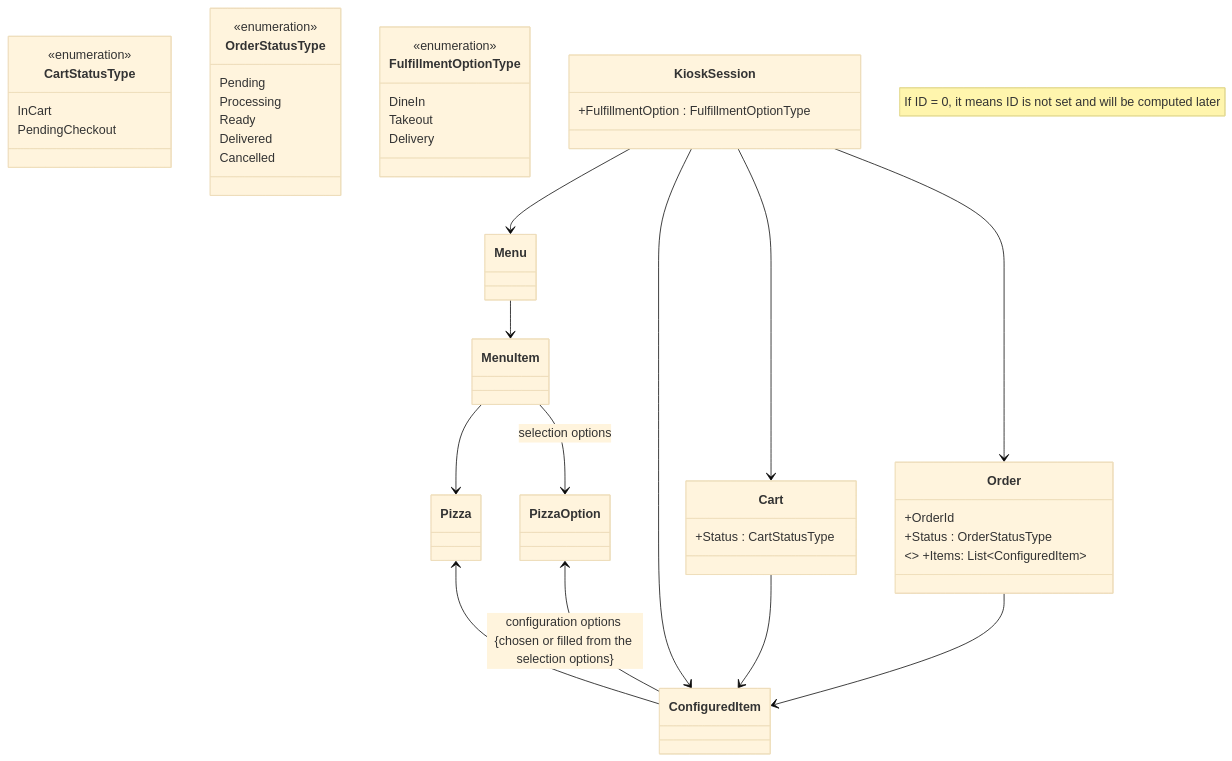
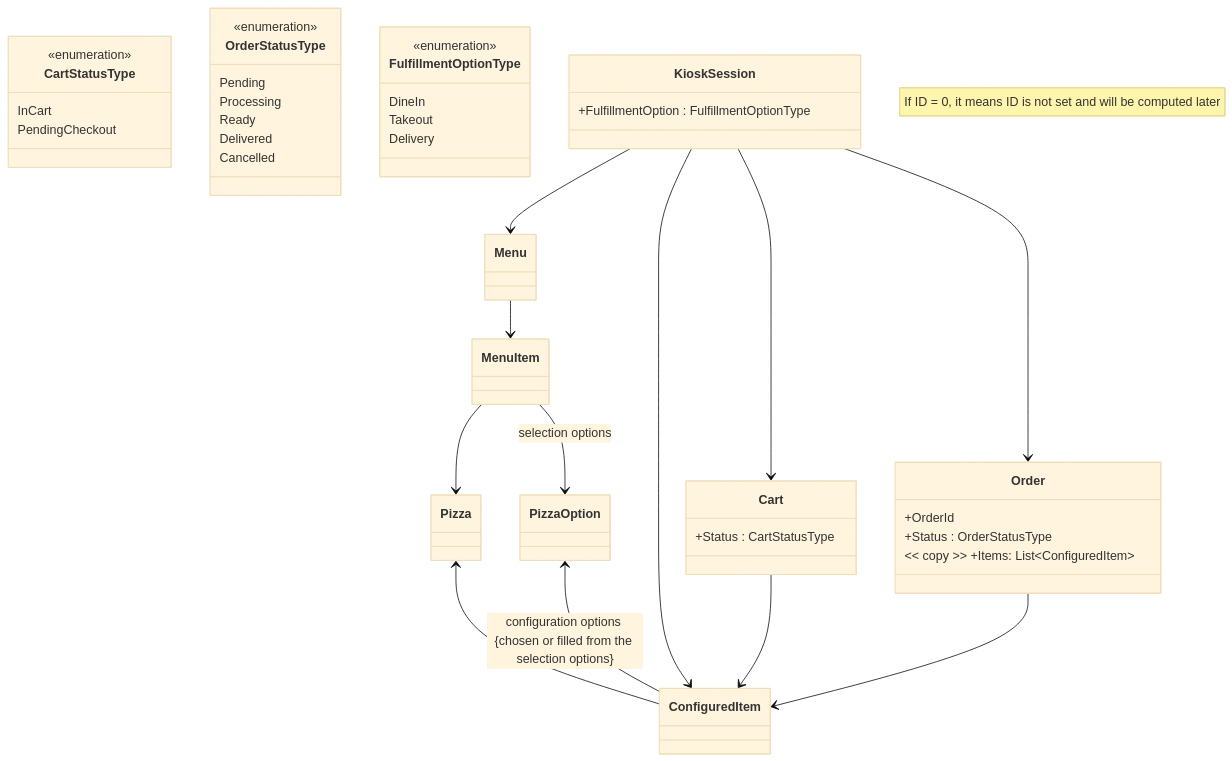
The diagram in README.md (ekral/Utb.PizzaKiosk), drawn with Mermaid (base theme) before and after one commit.

````diff
--- a/README.md
+++ b/README.md
@@ -160,58 +160,58 @@
 ```mermaid
  classDiagram
    note "If ID = 0, it means ID is not set and will be computed later"
    %% direction LR
    class PizzaOption
    class Pizza
    class MenuItem
    class Menu
    class ConfiguredItem
 
    class CartStatusType{
       <<enumeration>>
       InCart
       PendingCheckout
    }
 
    class Cart{
       +Status : CartStatusType
    }
 
    class OrderStatusType{
       <<enumeration>>
       Pending
       Processing
       Ready
       Delivered
       Cancelled
    }
 
    class Order{
       +OrderId
       +Status : OrderStatusType
-       <<copy>> +Items: List~ConfiguredItem~
+       << copy >> +Items: List~ConfiguredItem~
    }
 
    class FulfillmentOptionType{
       <<enumeration>>
       DineIn
       Takeout
       Delivery
    }
 
    class KioskSession{
       +FulfillmentOption : FulfillmentOptionType
    }
 
    MenuItem --> Pizza
    Pizza <-- ConfiguredItem
    MenuItem --> PizzaOption : selection options
    PizzaOption <-- ConfiguredItem : configuration options {chosen or filled from the selection options}
    Menu --> MenuItem
    KioskSession --> Menu
    KioskSession  --> ConfiguredItem
    KioskSession  --> Cart
    KioskSession  --> Order
    Cart --> ConfiguredItem
    Order --> ConfiguredItem
 ```
````
